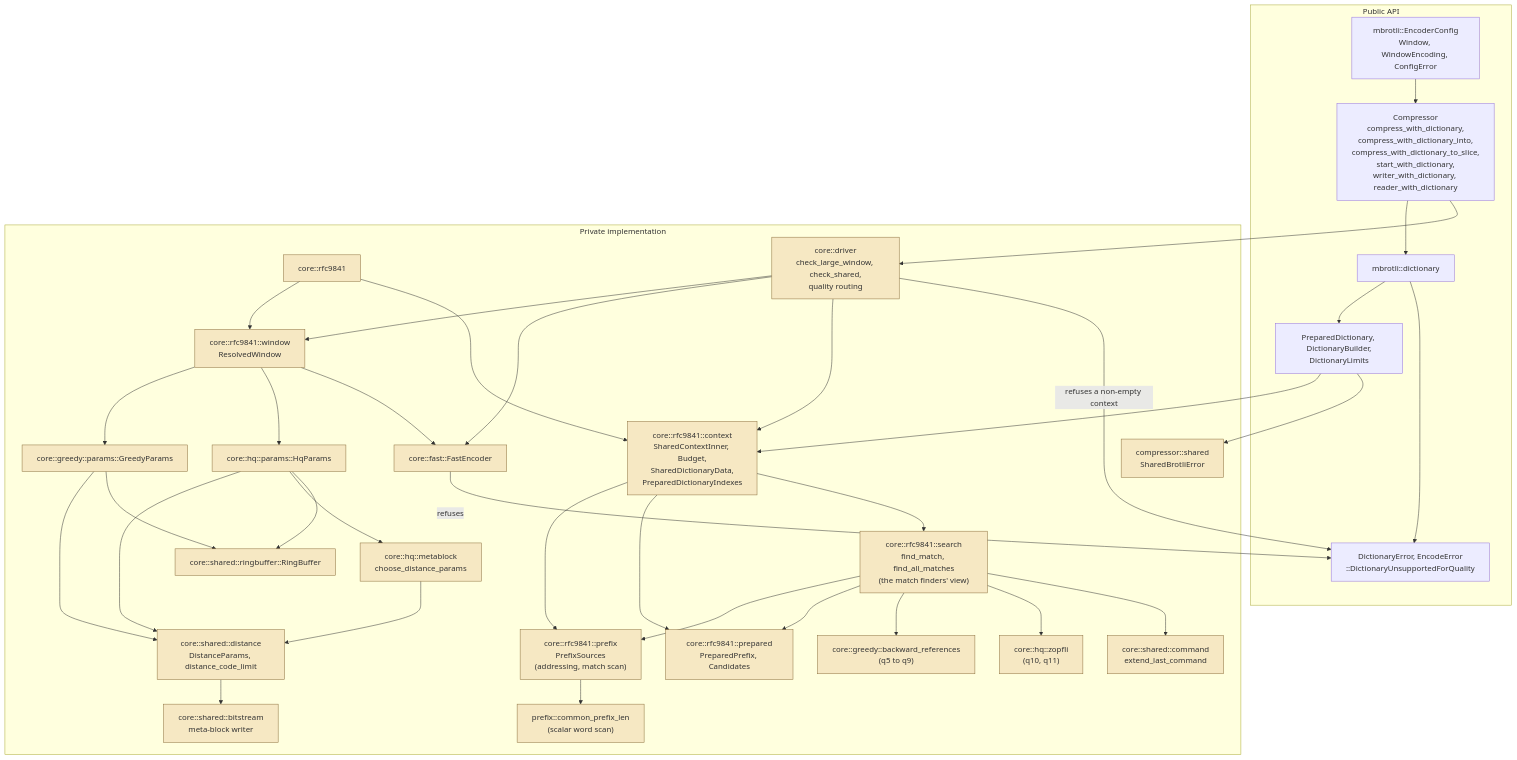
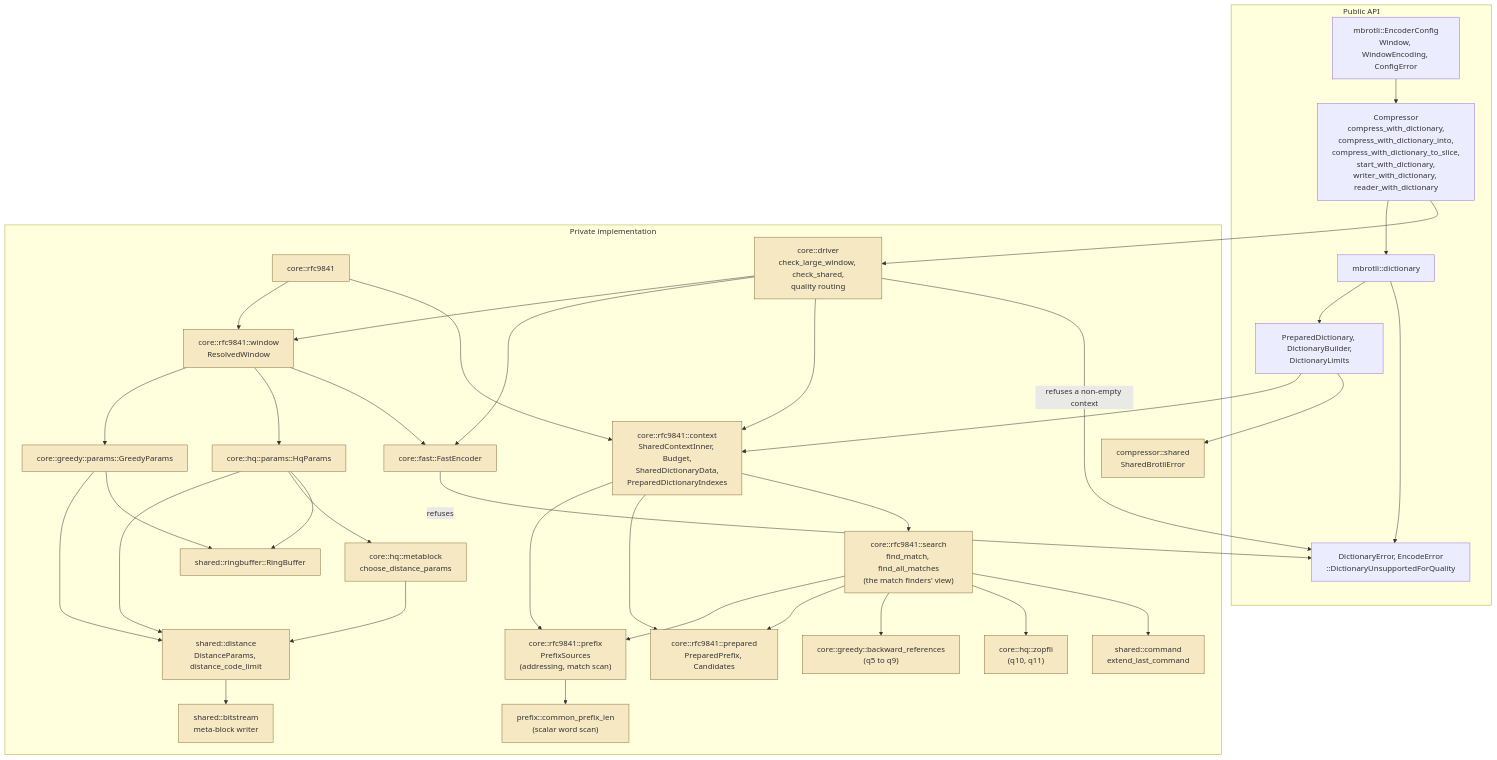
One commit to Mnwa/mbrotli changed the first of 13 diagrams in architecture/shared-brotli.md. Above: the diagram before and after it, drawn with Mermaid. The commit also changed other lines of this file and 184 other files, not shown here.

````diff
--- a/architecture/shared-brotli.md
+++ b/architecture/shared-brotli.md
@@ -37,69 +37,69 @@
 ```mermaid
 graph TD
     subgraph public["Public API"]
         comp["mbrotli::EncoderConfig<br/>Window, WindowEncoding, ConfigError"]
         entry["Compressor<br/>compress_with_dictionary,<br/>compress_with_dictionary_into,<br/>compress_with_dictionary_to_slice,<br/>start_with_dictionary,<br/>writer_with_dictionary, reader_with_dictionary"]
         sharedmod["mbrotli::dictionary"]
         ctx["PreparedDictionary, DictionaryBuilder,<br/>DictionaryLimits"]
         err["DictionaryError, EncodeError<br/>::DictionaryUnsupportedForQuality"]
     end
 
     subgraph private["Private implementation"]
         sharederr["compressor::shared<br/>SharedBrotliError"]
         rfc["core::rfc9841"]
         window["core::rfc9841::window<br/>ResolvedWindow"]
         inner["core::rfc9841::context<br/>SharedContextInner, Budget,<br/>SharedDictionaryData,<br/>PreparedDictionaryIndexes"]
         pfx["core::rfc9841::prefix<br/>PrefixSources<br/>(addressing, match scan)"]
         prep["core::rfc9841::prepared<br/>PreparedPrefix, Candidates"]
         search["core::rfc9841::search<br/>find_match, find_all_matches<br/>(the match finders' view)"]
     driver["core::driver<br/>check_large_window, check_shared,<br/>quality routing"]
     gsearch["core::greedy::backward_references<br/>(q5 to q9)"]
     hsearch["core::hq::zopfli<br/>(q10, q11)"]
-    cmd["core::shared::command<br/>extend_last_command"]
-        dist["core::shared::distance<br/>DistanceParams, distance_code_limit"]
+    cmd["shared::command<br/>extend_last_command"]
+        dist["shared::distance<br/>DistanceParams, distance_code_limit"]
         mlen["prefix::common_prefix_len<br/>(scalar word scan)"]
         gparams["core::greedy::params::GreedyParams"]
         hparams["core::hq::params::HqParams"]
         fast["core::fast::FastEncoder"]
         gmeta["core::hq::metablock<br/>choose_distance_params"]
-        bitstream["core::shared::bitstream<br/>meta-block writer"]
-        ring["core::shared::ringbuffer::RingBuffer"]
+        bitstream["shared::bitstream<br/>meta-block writer"]
+        ring["shared::ringbuffer::RingBuffer"]
     end
 
     comp --> entry
     entry --> sharedmod
     sharedmod --> ctx
     sharedmod --> err
     ctx --> inner
     ctx --> sharederr
     entry --> driver
     driver --> window
     driver --> fast
     driver --> inner
     rfc --> window
     rfc --> inner
     inner --> pfx
     inner --> prep
     inner --> search
     search --> pfx
     search --> prep
     search --> gsearch
     search --> hsearch
     search --> cmd
     pfx --> mlen
     window --> gparams
     window --> hparams
     window --> fast
     gparams --> dist
     hparams --> dist
     hparams --> gmeta
     gmeta --> dist
     dist --> bitstream
     gparams --> ring
     hparams --> ring
     fast -->|refuses| err
     driver -->|refuses a non-empty context| err
 
     classDef privateNode fill:#f6e8c3,stroke:#8a6d3b;
     class sharederr,rfc,window,inner,pfx,prep,search,driver,dist,mlen,gparams,hparams,fast,gmeta,bitstream,ring,gsearch,hsearch,cmd privateNode;
 ```
````
